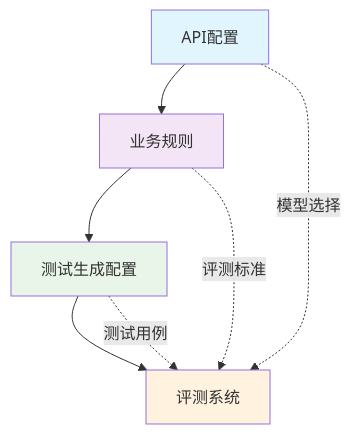
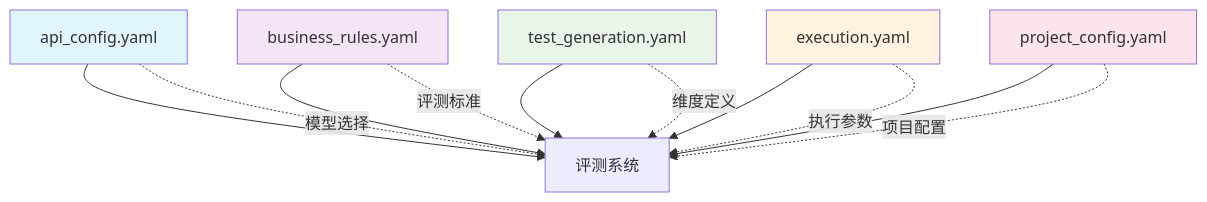
The diagram in knowledge-base/01-架构设计/配置中心化设计.md (BighuaBighua/llm-testing-portfolio), drawn with Mermaid before and after one commit. The commit also changed other lines of this file and 69 other files, not shown here.

````diff
--- a/knowledge-base/01-架构设计/配置中心化设计.md
+++ b/knowledge-base/01-架构设计/配置中心化设计.md
@@ -32,15 +35,20 @@
 ```mermaid
 graph TD
-    A[API配置] --> B[业务规则]
-    B --> C[测试生成配置]
-    C --> D[评测系统]
-    
+    A[api_config.yaml] --> D[评测系统]
+    B[business_rules.yaml] --> D
+    C[test_generation.yaml] --> D
+    E[execution.yaml] --> D
+    F[project_config.yaml] --> D
+
     A -.->|模型选择| D
     B -.->|评测标准| D
-    C -.->|测试用例| D
-    
+    C -.->|维度定义| D
+    E -.->|执行参数| D
+    F -.->|项目配置| D
+
     style A fill:#e1f5fe
     style B fill:#f3e5f5
     style C fill:#e8f5e8
-    style D fill:#fff3e0
+    style E fill:#fff3e0
+    style F fill:#fce4ec
 ```
````
